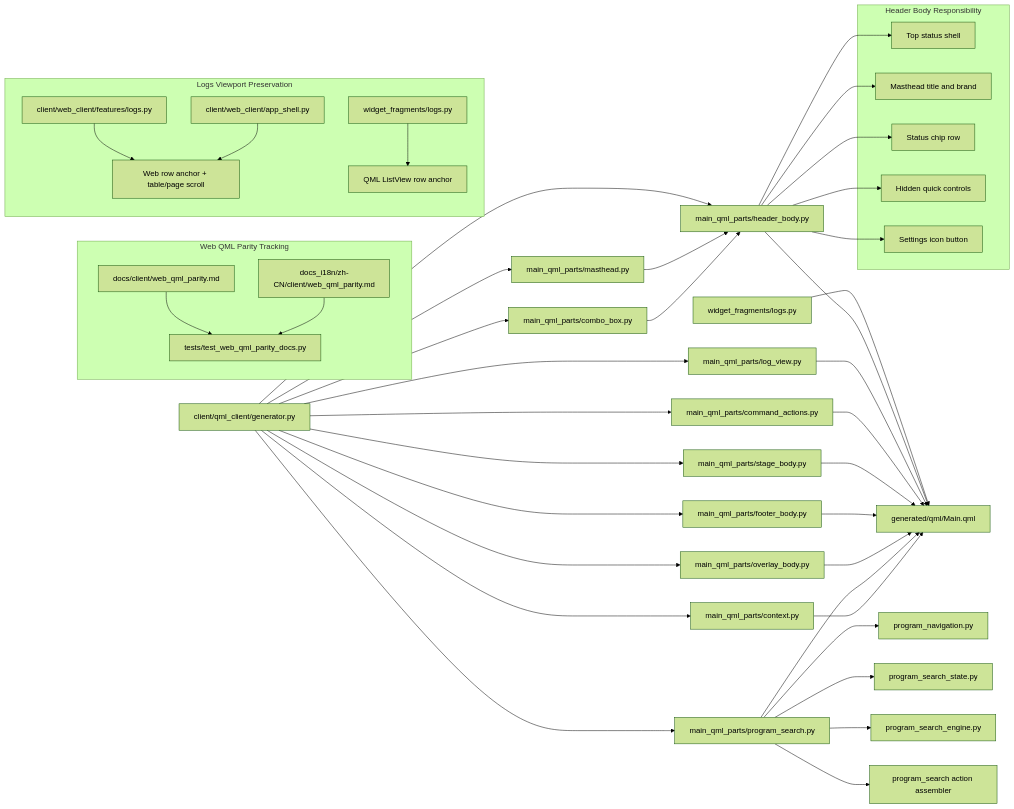
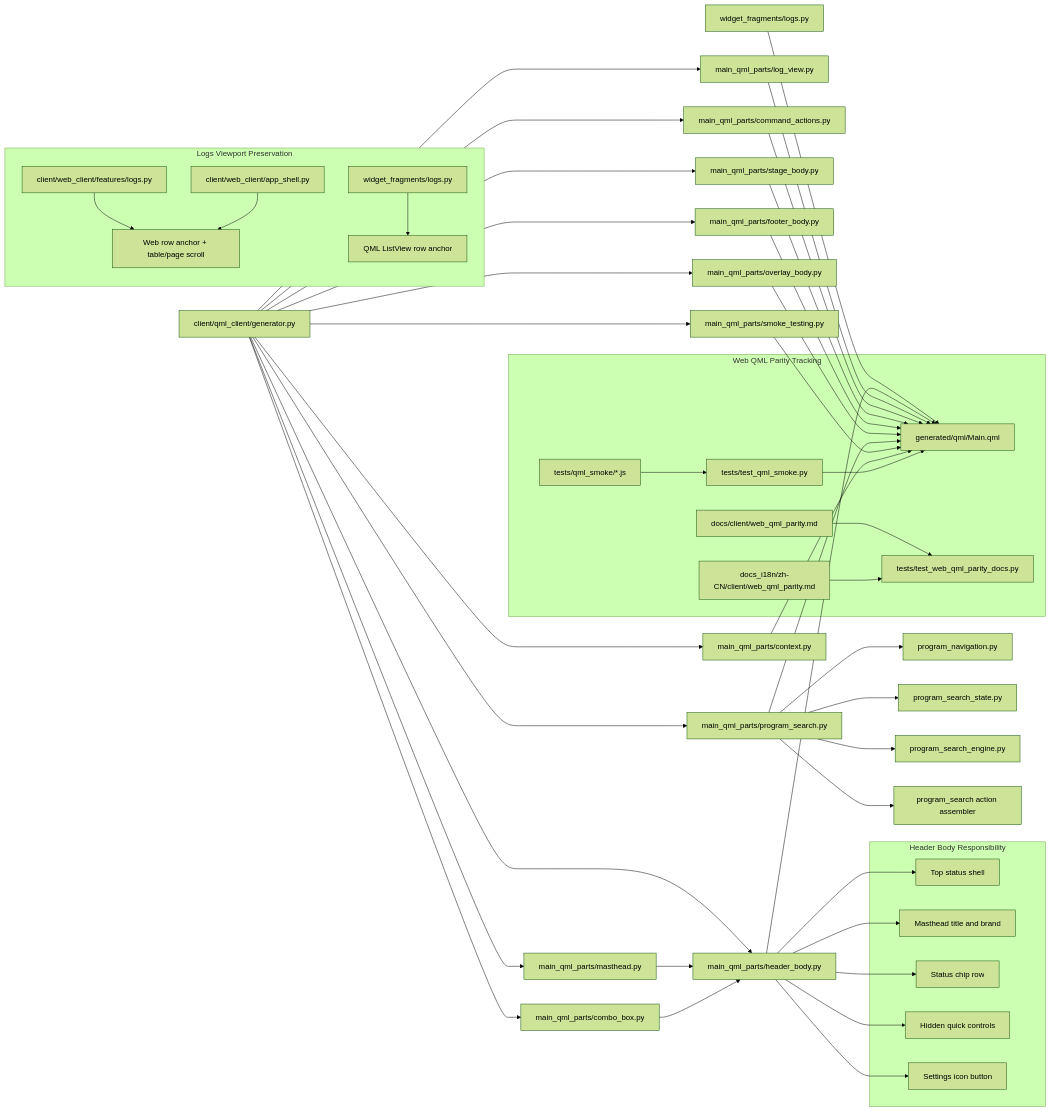
One commit to luppiterw/metanc_hmi_dsl_reports changed the diagram in 2026-05-11-codex-session/architecture-diagram.md. Above: the diagram before and after it, drawn with Mermaid (forest theme). The commit also changed 17 other files, not shown here.

Commit message:
docs: update 2026-05-11 QML smoke report

````diff
--- a/2026-05-11-codex-session/architecture-diagram.md
+++ b/2026-05-11-codex-session/architecture-diagram.md
@@ -3,60 +3,66 @@
 ```mermaid
 flowchart LR
     G[client/qml_client/generator.py]
     G --> H[main_qml_parts/header_body.py]
     G --> S[main_qml_parts/stage_body.py]
     G --> F[main_qml_parts/footer_body.py]
     G --> O[main_qml_parts/overlay_body.py]
     G --> C[main_qml_parts/context.py]
     G --> M[main_qml_parts/masthead.py]
     G --> CB[main_qml_parts/combo_box.py]
     G --> PS[main_qml_parts/program_search.py]
+    G --> SM[main_qml_parts/smoke_testing.py]
     G --> LV[main_qml_parts/log_view.py]
     G --> CA[main_qml_parts/command_actions.py]
     WG[widget_fragments/logs.py] --> QML
     PS --> PN[program_navigation.py]
     PS --> PSS[program_search_state.py]
     PS --> PSE[program_search_engine.py]
     PS --> PSA[program_search action assembler]
     H --> QML[generated/qml/Main.qml]
     LV --> QML
     CA --> QML
     S --> QML
     F --> QML
     O --> QML
     PS --> QML
+    SM --> QML
     C --> QML
     M --> H
     CB --> H
 
     subgraph Web QML Parity Tracking
         PARDOC[docs/client/web_qml_parity.md]
         PARZH[docs_i18n/zh-CN/client/web_qml_parity.md]
         PARTST[tests/test_web_qml_parity_docs.py]
+        QSMOKE[tests/test_qml_smoke.py]
+        QSCRIPTS[tests/qml_smoke/*.js]
         PARDOC --> PARTST
         PARZH --> PARTST
+        QSCRIPTS --> QSMOKE
+        QSMOKE --> QML
     end
 
     subgraph Header Body Responsibility
         H1[Top status shell]
         H2[Masthead title and brand]
         H3[Status chip row]
         H4[Hidden quick controls]
         H5[Settings icon button]
     end
 
     H --> H1
     H --> H2
     H --> H3
     H --> H4
     H --> H5
 
     subgraph Logs Viewport Preservation
         WLOG[client/web_client/features/logs.py]
         WSHELL[client/web_client/app_shell.py]
         QLOG[widget_fragments/logs.py]
         WLOG --> WANCHOR[Web row anchor + table/page scroll]
         WSHELL --> WANCHOR
         QLOG --> QANCHOR[QML ListView row anchor]
     end
 ```
````
